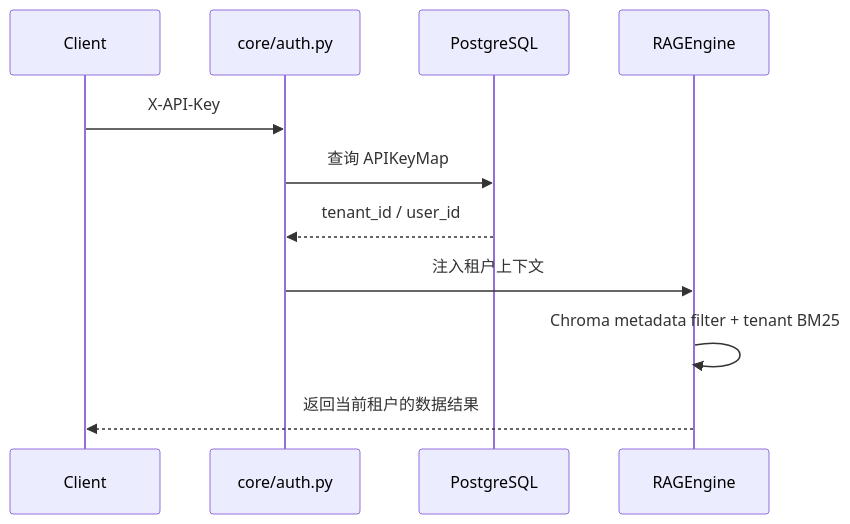
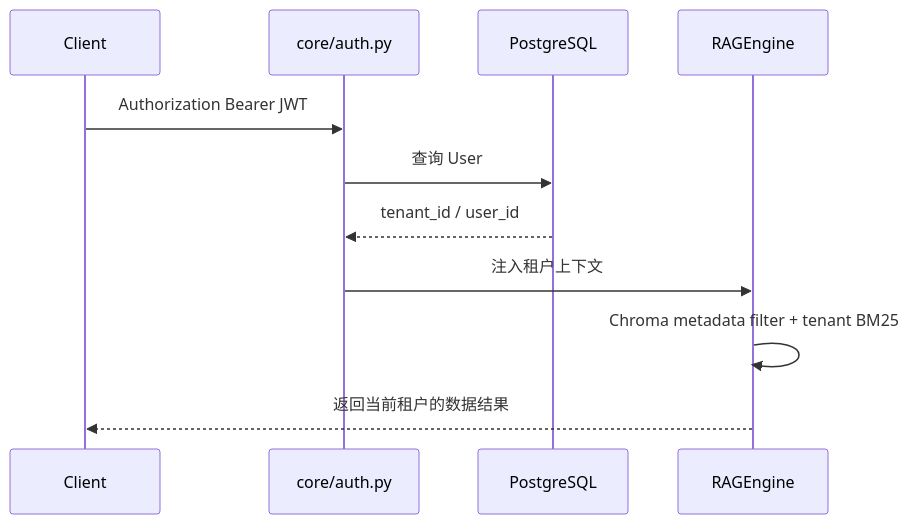
The first of 2 diagrams in README.md (Autumn8001/Rag), drawn with Mermaid before and after one commit. The commit also changed other lines of this file and 33 other files, not shown here.

````diff
--- a/README.md
+++ b/README.md
@@ -26,13 +28,13 @@
 ```mermaid
 sequenceDiagram
     participant Client as Client
     participant Auth as core/auth.py
     participant DB as PostgreSQL
     participant RAG as RAGEngine
-    Client->>Auth: X-API-Key
-    Auth->>DB: 查询 APIKeyMap
+    Client->>Auth: Authorization Bearer JWT
+    Auth->>DB: 查询 User
     DB-->>Auth: tenant_id / user_id
     Auth->>RAG: 注入租户上下文
     RAG->>RAG: Chroma metadata filter + tenant BM25
     RAG-->>Client: 返回当前租户的数据结果
 ```
````
